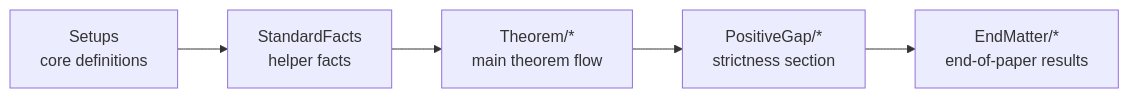
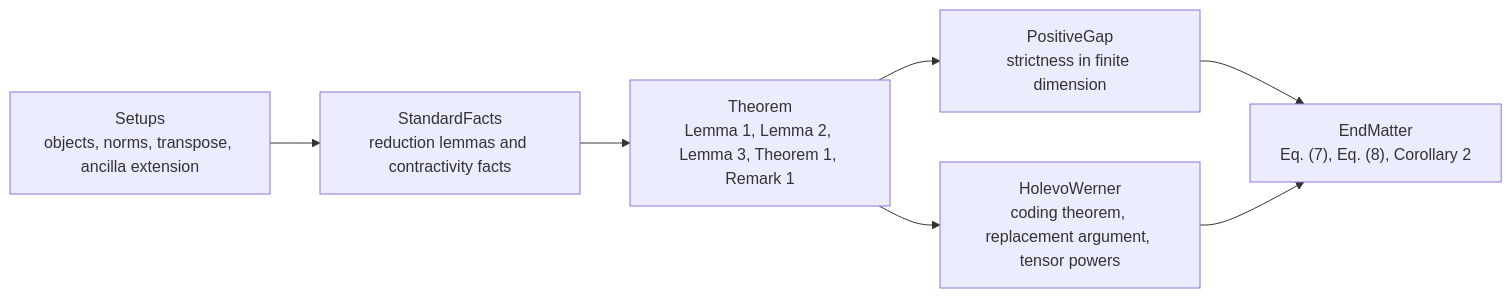
The diagram in DESCRIPTIONS/INDEX.md (Aledo-Jun/diamond), drawn with Mermaid before and after one commit. The commit also changed other lines of this file and 133 other files, not shown here.

````diff
--- a/DESCRIPTIONS/INDEX.md
+++ b/DESCRIPTIONS/INDEX.md
@@ -11,9 +28,19 @@
 ```mermaid
 flowchart LR
-    accTitle: Diamond project reading order
-    accDescr: A high-level reading map from setup definitions to helper facts, the main theorem, the finite-dimensional strictness section, and the end-matter consequences.
-    setups["Setups\ncore definitions"] --> facts["StandardFacts\nhelper facts"]
-    facts --> theorem["Theorem/*\nmain theorem flow"]
-    theorem --> gap["PositiveGap/*\nstrictness section"]
-    gap --> endm["EndMatter/*\nend-of-paper results"]
+    accTitle: Diamond reading map
+    accDescr: The repository progresses from setup definitions to background lemmas, the main theorem, the finite-dimensional strictness argument, the Holevo-Werner coding layer, and finally the end-matter consequences.
+
+    setups["Setups<br/>objects, norms, transpose, ancilla extension"]
+    facts["StandardFacts<br/>reduction lemmas and contractivity facts"]
+    main["Theorem<br/>Lemma 1, Lemma 2, Lemma 3, Theorem 1, Remark 1"]
+    gap["PositiveGap<br/>strictness in finite dimension"]
+    hw["HolevoWerner<br/>coding theorem, replacement argument, tensor powers"]
+    endm["EndMatter<br/>Eq. (7), Eq. (8), Corollary 2"]
+
+    setups --> facts
+    facts --> main
+    main --> gap
+    main --> hw
+    gap --> endm
+    hw --> endm
 ```
````
